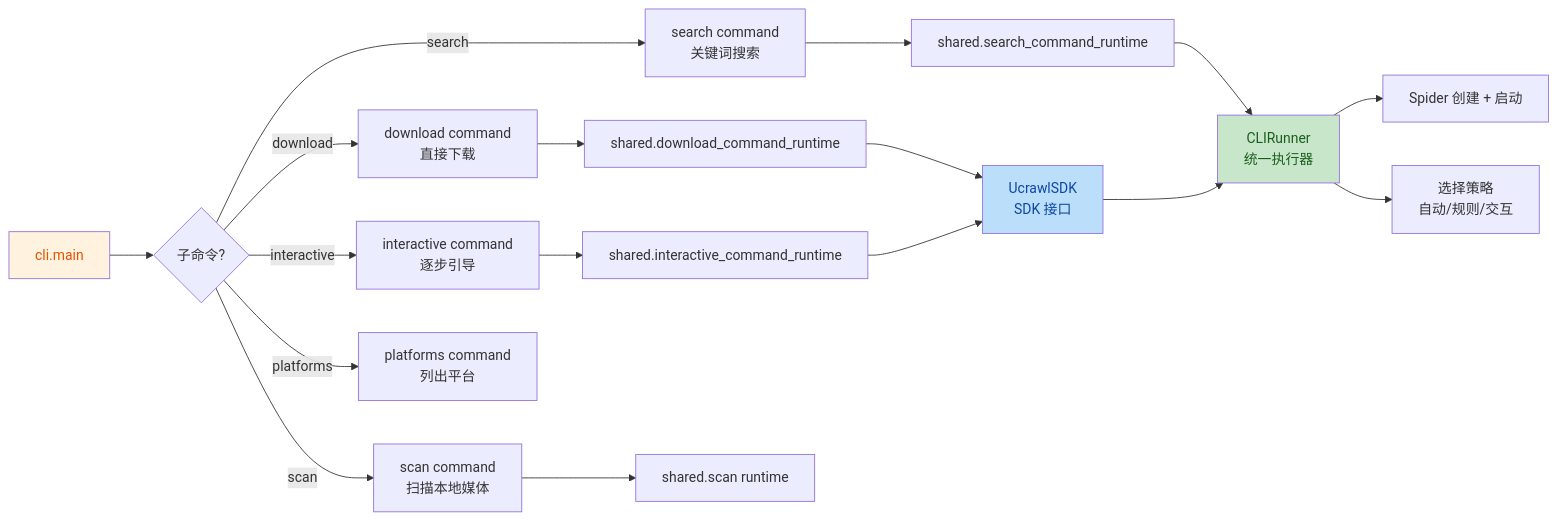
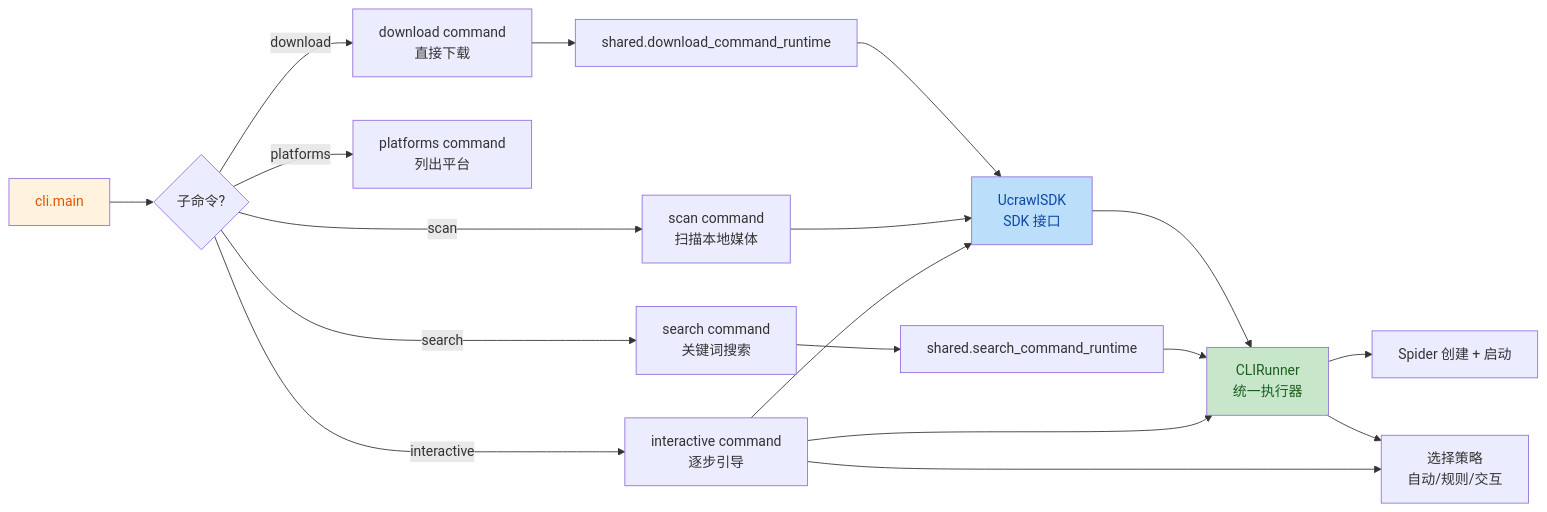
One commit to haohaizi554/UniversalCrawler changed the second of 5 diagrams in mermaid/07-cli-sdk-runtime.md. Above: the diagram before and after it, drawn with Mermaid. The commit also changed other lines of this file and 12 other files, not shown here.

````diff
--- a/mermaid/07-cli-sdk-runtime.md
+++ b/mermaid/07-cli-sdk-runtime.md
@@ -81,27 +81,28 @@
 ```mermaid
 flowchart LR
     Main["cli.main"] --> Sub{"子命令?"}
     
     Sub -->|search| Search["search command<br/>关键词搜索"]
     Sub -->|download| Download["download command<br/>直接下载"]
     Sub -->|interactive| Interactive["interactive command<br/>逐步引导"]
     Sub -->|scan| Scan["scan command<br/>扫描本地媒体"]
     Sub -->|platforms| Platforms["platforms command<br/>列出平台"]
     
     Search --> SearchRt["shared.search_command_runtime"]
     Download --> DownloadRt["shared.download_command_runtime"]
-    Interactive --> InteractiveRt["shared.interactive_command_runtime"]
-    Scan --> ScanRt["shared.scan runtime"]
+    Interactive --> SDKRt
+    Interactive --> Runner
+    Interactive --> Selection
+    Scan --> SDKRt
     
     SearchRt --> Runner["CLIRunner<br/>统一执行器"]
     DownloadRt --> SDKRt["UcrawlSDK<br/>SDK 接口"]
-    InteractiveRt --> SDKRt
     SDKRt --> Runner
     
     Runner --> Spider["Spider 创建 + 启动"]
     Runner --> Selection["选择策略<br/>自动/规则/交互"]
 
     style Main fill:#fff3e0,color:#e65100
     style Runner fill:#c8e6c9,color:#1a5e20
     style SDKRt fill:#bbdefb,color:#0d47a1
 ```
````
